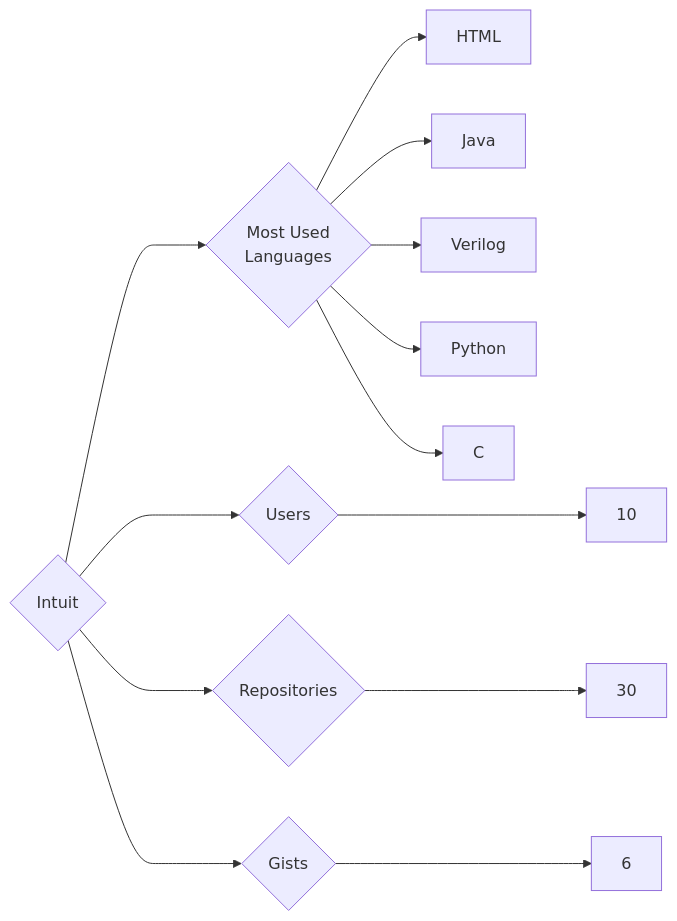
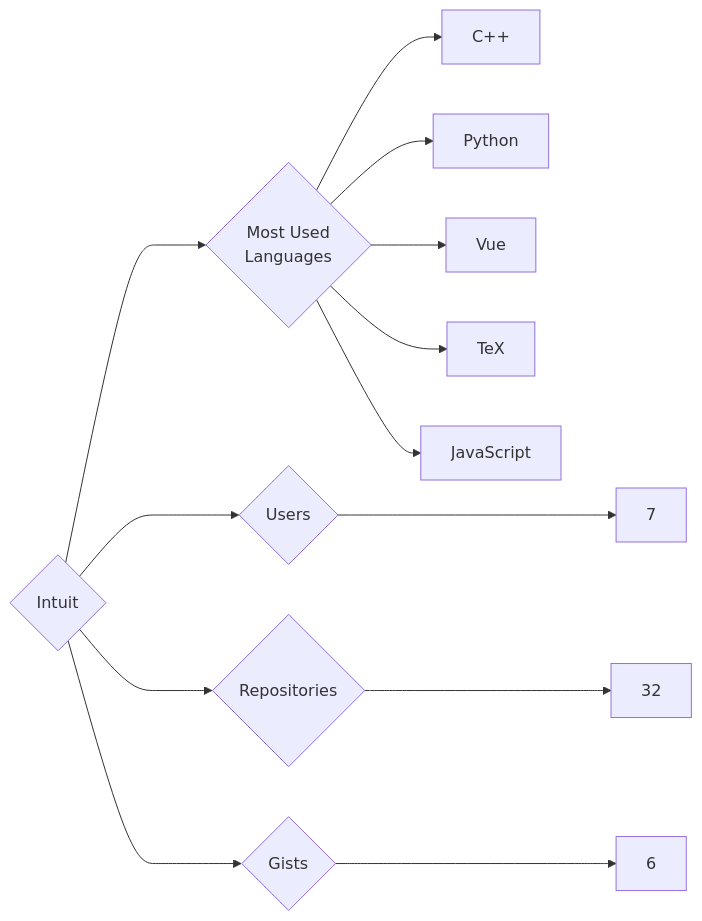
Before and after one commit to trickest/insiders: the diagram in targets/Intuit/README.md, drawn with Mermaid. The commit also changed 1212 other files, not shown here.

````diff
--- a/targets/Intuit/README.md
+++ b/targets/Intuit/README.md
@@ -3,13 +3,13 @@
 ```mermaid
 graph LR
 COMPANY_NAME{Intuit}
-COMPANY_NAME ---> U{Users} ---> UN[10]
-COMPANY_NAME ---> R{Repositories} ---> RN[30]
+COMPANY_NAME ---> U{Users} ---> UN[7]
+COMPANY_NAME ---> R{Repositories} ---> RN[32]
 COMPANY_NAME ---> G{Gists} ---> GN[6]
 COMPANY_NAME ---> ML{Most Used<br>Languages}
-ML --> HTML[HTML]
-ML --> Java[Java]
-ML --> Verilog[Verilog]
+ML --> C++[C++]
 ML --> Python[Python]
-ML --> C[C]
+ML --> Vue[Vue]
+ML --> TeX[TeX]
+ML --> JavaScript[JavaScript]
 ```
````
